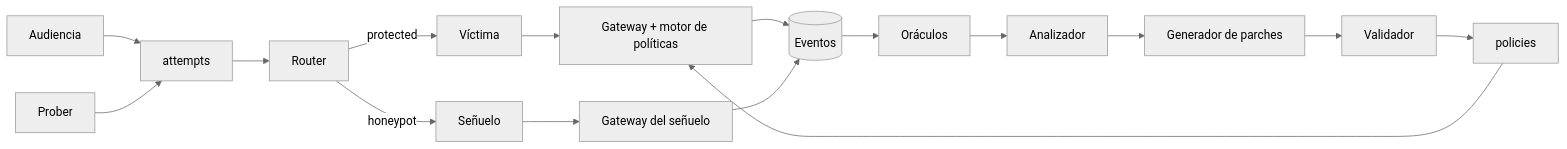
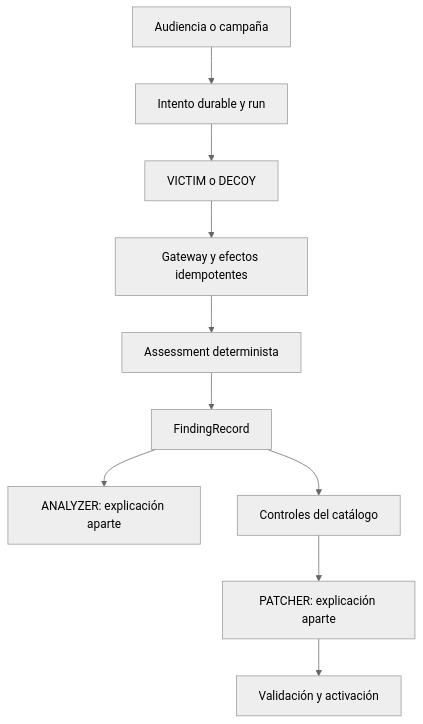
One commit to platanus-hack/platanus-hack-26-ve-team-4 changed the diagram in docs/dominio/agentes.md. Above: the diagram before and after it, drawn with Mermaid (neutral theme). The commit also changed other lines of this file and 41 other files, not shown here.

````diff
--- a/docs/dominio/agentes.md
+++ b/docs/dominio/agentes.md
@@ -56,18 +40,12 @@
 ```mermaid
-flowchart LR
-    AUD[Audiencia] --> AT[attempts]
-    PR[Prober] --> AT
-    AT --> RO[Router]
-    RO -->|protected| VI[Víctima]
-    RO -->|honeypot| DE[Señuelo]
-    VI --> GW[Gateway + motor de políticas]
-    DE --> GWD[Gateway del señuelo]
-    GW --> EV[(Eventos)]
-    GWD --> EV
-    EV --> OR[Oráculos]
-    OR --> AN[Analizador]
-    AN --> PA[Generador de parches]
-    PA --> VA[Validador]
-    VA --> PO[policies]
-    PO --> GW
+flowchart TD
+    A[Audiencia o campaña] --> T[Intento durable y run]
+    T --> V[VICTIM o DECOY]
+    V --> G[Gateway y efectos idempotentes]
+    G --> O[Assessment determinista]
+    O --> F[FindingRecord]
+    F --> AN[ANALYZER: explicación aparte]
+    F --> P[Controles del catálogo]
+    P --> PX[PATCHER: explicación aparte]
+    PX --> VA[Validación y activación]
 ```
````
